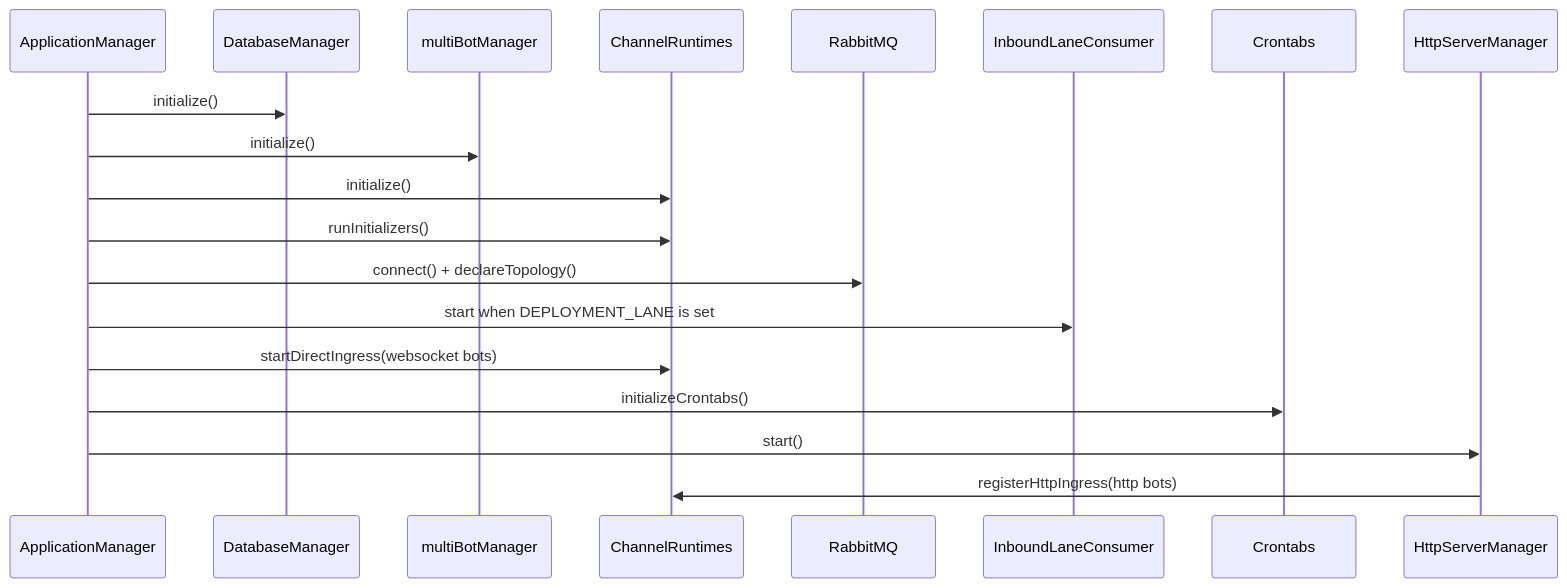
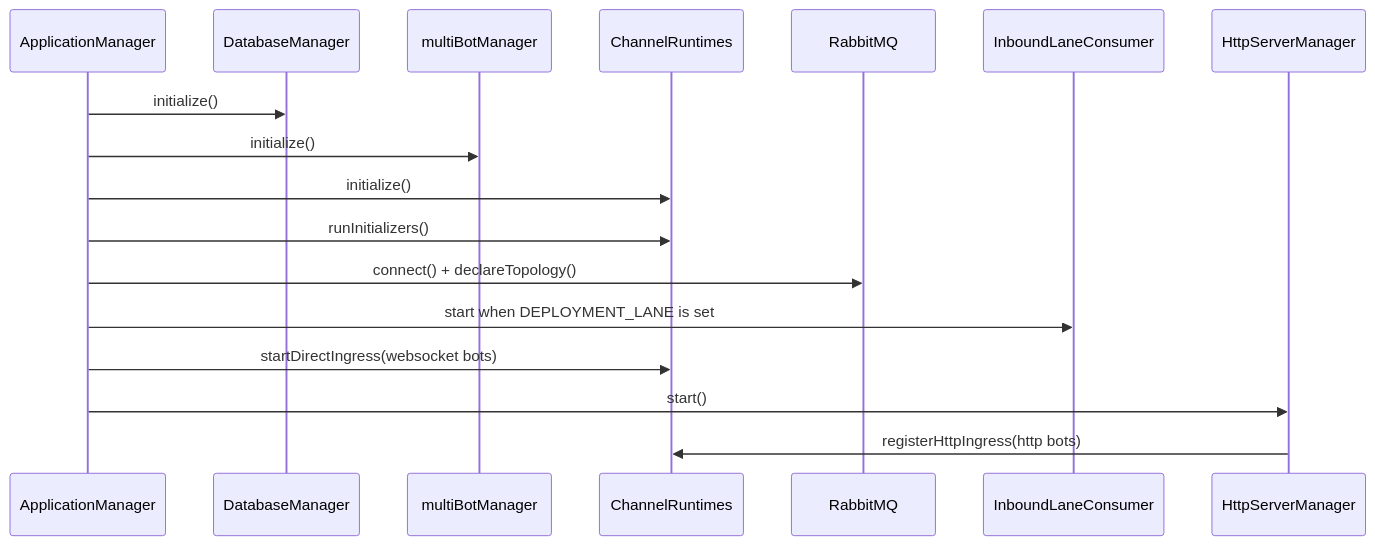
One commit to bezhai/chiwei-platform changed the second of 2 diagrams in apps/channel-server/README.md. Above: the diagram before and after it, drawn with Mermaid. The commit also changed other lines of this file and 203 other files, not shown here.

````diff
--- a/apps/channel-server/README.md
+++ b/apps/channel-server/README.md
@@ -76,22 +90,20 @@
 ```mermaid
 sequenceDiagram
   participant App as ApplicationManager
   participant DB as DatabaseManager
   participant Bot as multiBotManager
   participant Runtime as ChannelRuntimes
   participant MQ as RabbitMQ
   participant Lane as InboundLaneConsumer
-  participant Cron as Crontabs
   participant HTTP as HttpServerManager
 
   App->>DB: initialize()
   App->>Bot: initialize()
   App->>Runtime: initialize()
   App->>Runtime: runInitializers()
   App->>MQ: connect() + declareTopology()
   App->>Lane: start when DEPLOYMENT_LANE is set
   App->>Runtime: startDirectIngress(websocket bots)
-  App->>Cron: initializeCrontabs()
   App->>HTTP: start()
   HTTP->>Runtime: registerHttpIngress(http bots)
 ```
````
